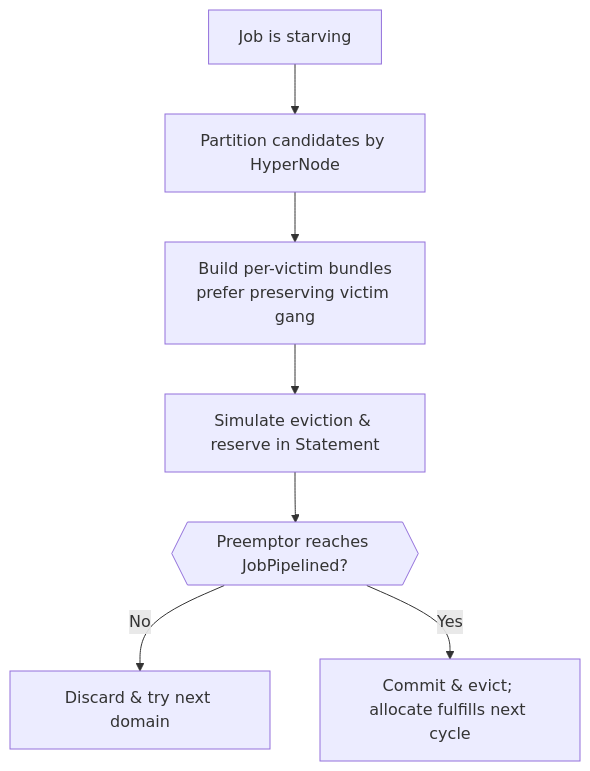
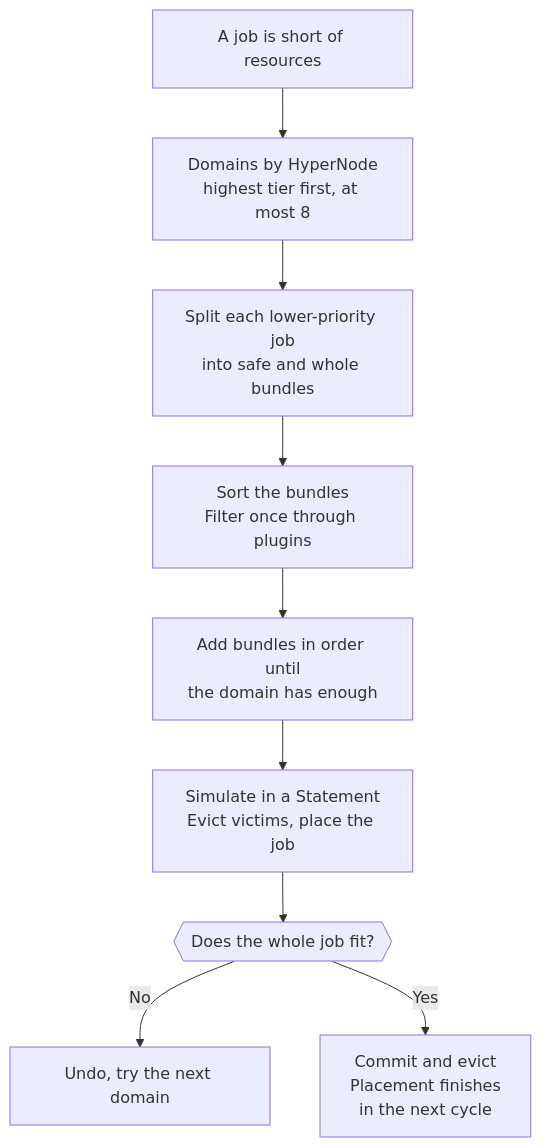
One commit to JesseStutler/volcano changed diagram 11 of 13 in docs/research/k8s-workload-aware-scheduling-vs-volcano.md. Above: the diagram before and after it, drawn with Mermaid. The commit also changed other lines of this file and 1 other file, not shown here.

````diff
--- a/docs/research/k8s-workload-aware-scheduling-vs-volcano.md
+++ b/docs/research/k8s-workload-aware-scheduling-vs-volcano.md
@@ -328,9 +498,11 @@
 ```mermaid
 flowchart TD
-    A["Job is starving"] --> B["Partition candidates by HyperNode"]
-    B --> C["Build per-victim bundles<br/>prefer preserving victim gang"]
-    C --> D["Simulate eviction & reserve in Statement"]
-    D --> E{{"Preemptor reaches JobPipelined?"}}
-    E -- No --> F["Discard & try next domain"]
-    E -- Yes --> G["Commit & evict; allocate fulfills next cycle"]
+    A["A job is short of resources"] --> B["Domains by HyperNode<br/>highest tier first, at most 8"]
+    B --> C["Split each lower-priority job<br/>into safe and whole bundles"]
+    C --> D["Sort the bundles<br/>Filter once through plugins"]
+    D --> E["Add bundles in order until<br/>the domain has enough"]
+    E --> F["Simulate in a Statement<br/>Evict victims, place the job"]
+    F --> G{{"Does the whole job fit?"}}
+    G -- No --> H["Undo, try the next domain"]
+    G -- Yes --> I["Commit and evict<br/>Placement finishes<br/>in the next cycle"]
 ```
````
